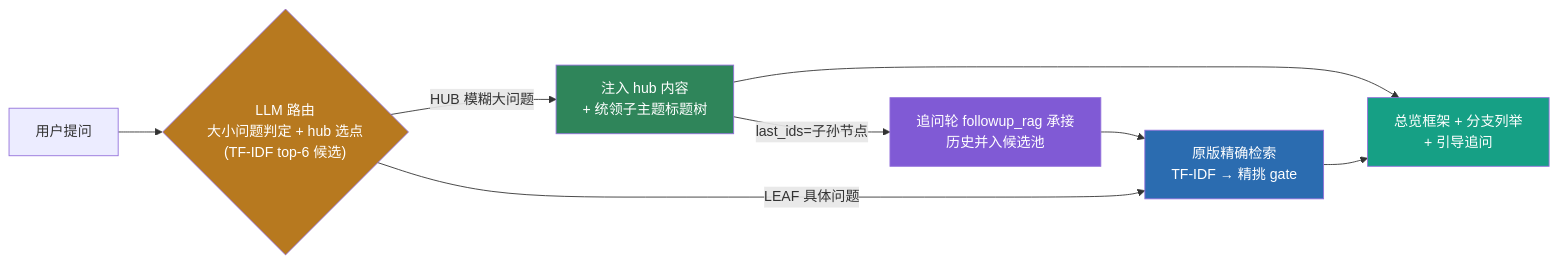
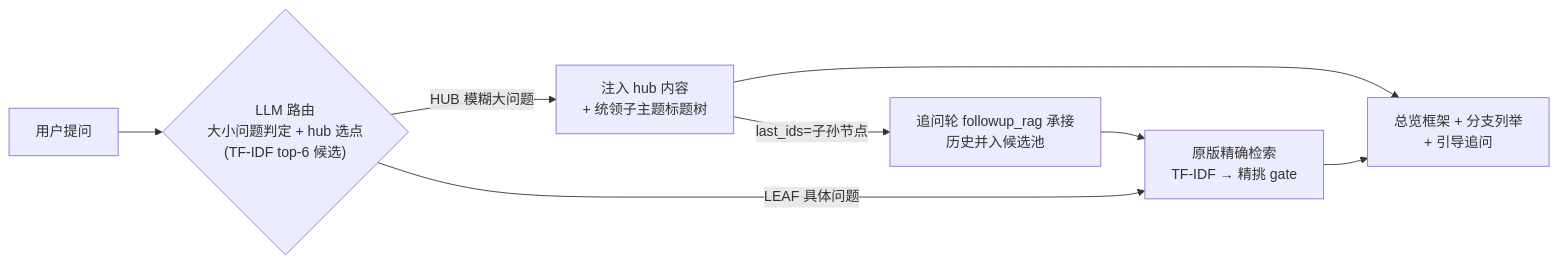
One commit to Baixiaodou/comm-knowledge-graph changed diagram 11 of 12 in README.md. Above: the diagram before and after it, drawn with Mermaid. The commit also changed other lines of this file, not shown here.

Commit message:
docs: 重组 README 结构（目录置顶、快速开始前移、重复章节合并、大图收进折叠块）

````diff
--- a/README.md
+++ b/README.md
@@ -667,15 +580,10 @@
 ```mermaid
 flowchart LR
     Q["用户提问"] --> R{"LLM 路由<br/>大小问题判定 + hub 选点<br/>(TF-IDF top-6 候选)"}
     R -->|HUB 模糊大问题| H["注入 hub 内容<br/>+ 统领子主题标题树"]
     H --> A["总览框架 + 分支列举<br/>+ 引导追问"]
     R -->|LEAF 具体问题| N["原版精确检索<br/>TF-IDF → 精挑 gate"]
     H -->|last_ids=子孙节点| F["追问轮 followup_rag 承接<br/>历史并入候选池"]
     F --> N
     N --> A
-    style R fill:#b7791f,color:#fff
-    style H fill:#2f855a,color:#fff
-    style N fill:#2b6cb0,color:#fff
-    style F fill:#805ad5,color:#fff
-    style A fill:#16a085,color:#fff
 ```
````
